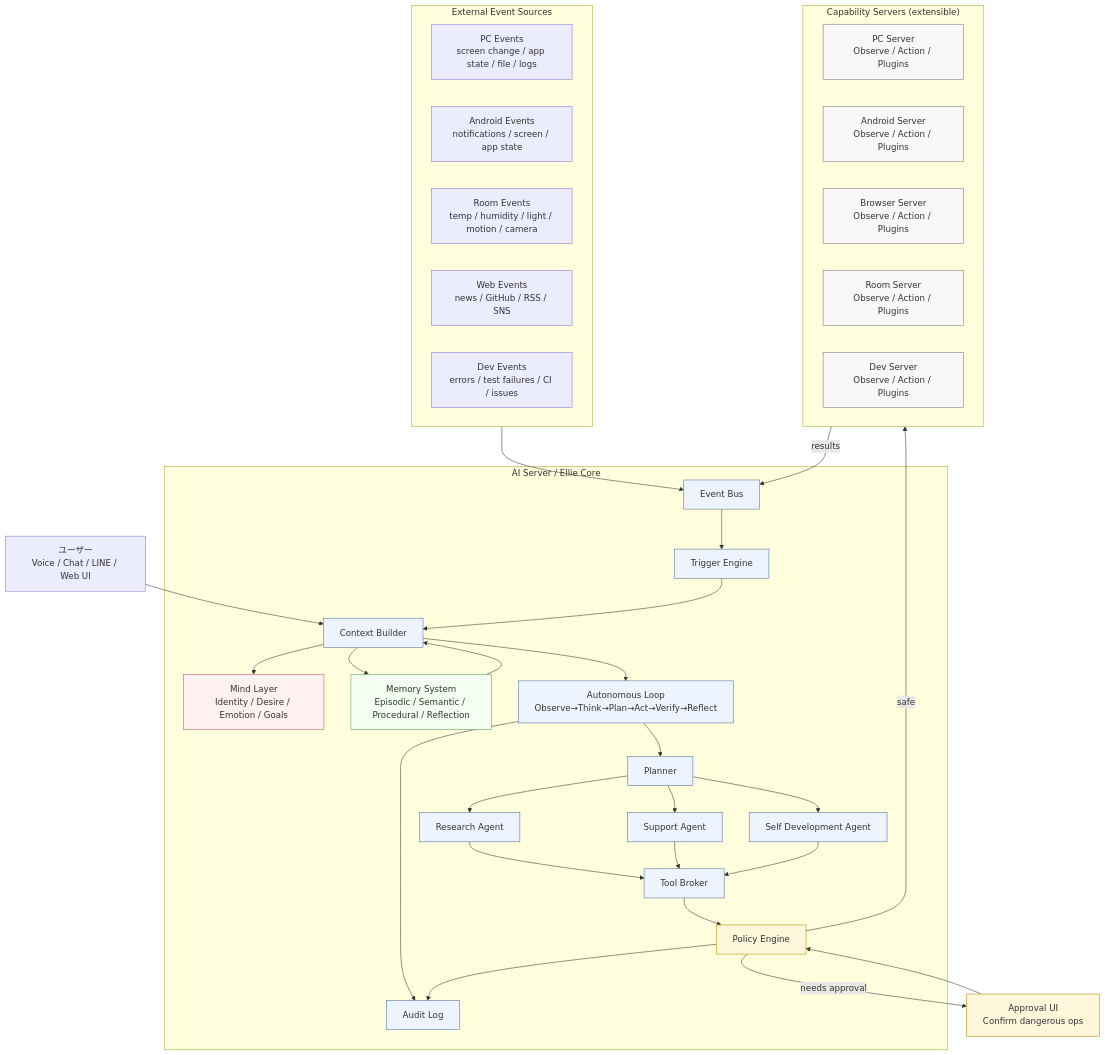
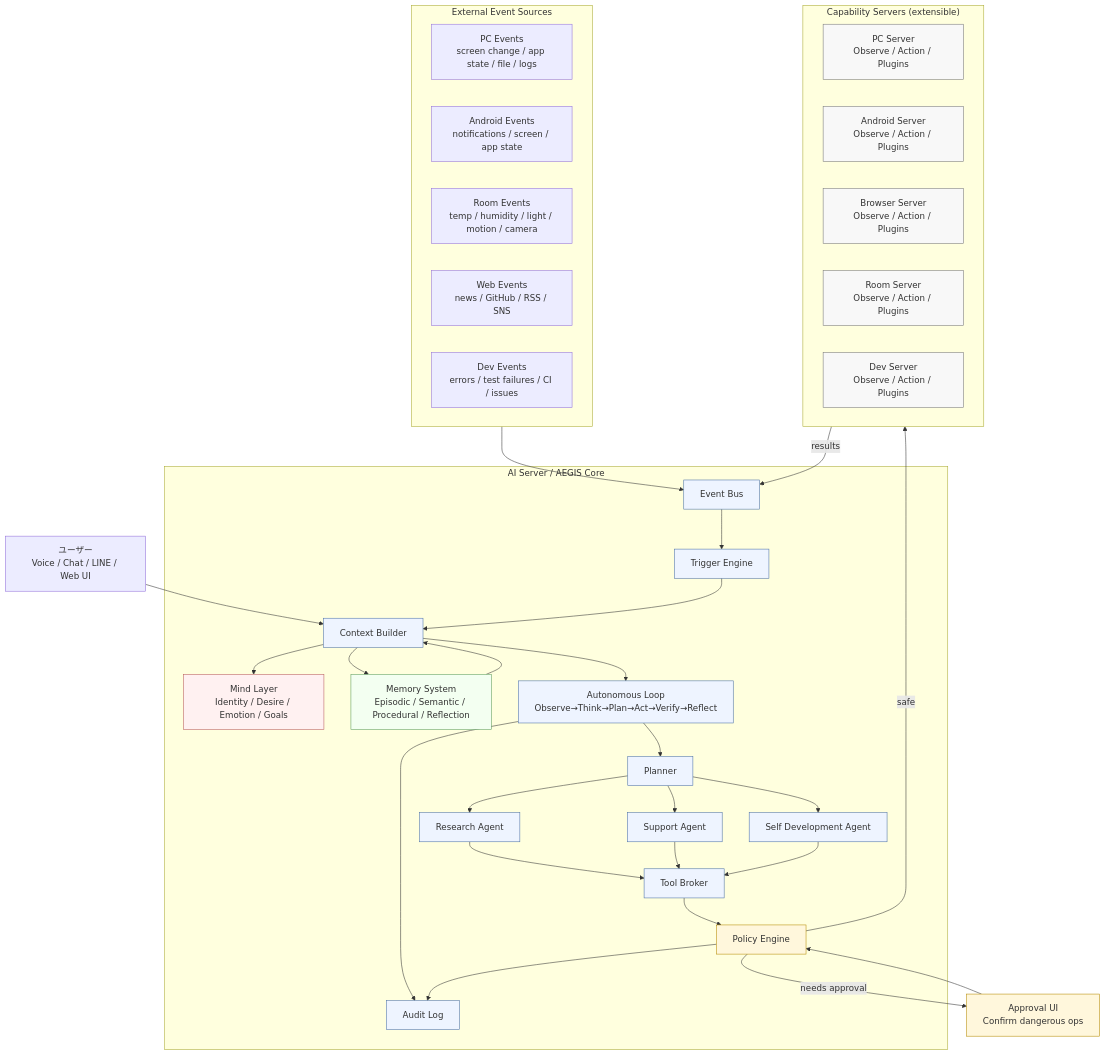
One commit to Kohaku912/AEGIS changed the first of 4 diagrams in docs/architecture.md. Above: the diagram before and after it, drawn with Mermaid. The commit also changed other lines of this file and 130 other files, not shown here.

Commit message:
Rename Ellie to AEGIS project-wide: protos, packages, docs, code

````diff
--- a/docs/architecture.md
+++ b/docs/architecture.md
@@ -26,74 +26,74 @@
 ```mermaid
 flowchart TB
     %% User Interfaces
     U["ユーザー<br/>Voice / Chat / LINE / Web UI"]
     ApprovalUI["Approval UI<br/>Confirm dangerous ops"]
 
     %% Event Sources
     subgraph EventSources["External Event Sources"]
         PCEvents["PC Events<br/>screen change / app state / file / logs"]
         AndroidEvents["Android Events<br/>notifications / screen / app state"]
         RoomEvents["Room Events<br/>temp / humidity / light / motion / camera"]
         WebEvents["Web Events<br/>news / GitHub / RSS / SNS"]
         DevEvents["Dev Events<br/>errors / test failures / CI / issues"]
     end
 
     %% Core
-    subgraph Core["AI Server / Ellie Core"]
+    subgraph Core["AI Server / AEGIS Core"]
         EventBus["Event Bus"]
         TriggerEngine["Trigger Engine"]
         ContextBuilder["Context Builder"]
         Mind["Mind Layer\nIdentity / Desire / Emotion / Goals"]
         Memory["Memory System\nEpisodic / Semantic / Procedural / Reflection"]
         AutonomousLoop["Autonomous Loop\nObserve→Think→Plan→Act→Verify→Reflect"]
         Planner["Planner"]
         Researcher["Research Agent"]
         SupportAgent["Support Agent"]
         SelfDevAgent["Self Development Agent"]
         ToolBroker["Tool Broker"]
         Policy["Policy Engine"]
         Audit["Audit Log"]
     end
 
     %% Servers
     subgraph Servers["Capability Servers (extensible)"]
         PCServer["PC Server\nObserve / Action / Plugins"]
         AndroidServer["Android Server\nObserve / Action / Plugins"]
         BrowserServer["Browser Server\nObserve / Action / Plugins"]
         RoomServer["Room Server\nObserve / Action / Plugins"]
         DevServer["Dev Server\nObserve / Action / Plugins"]
     end
 
     %% Data Flow
     U --> ContextBuilder
     EventSources --> EventBus
     EventBus --> TriggerEngine
     TriggerEngine --> ContextBuilder
     ContextBuilder --> Mind
     ContextBuilder --> Memory
     ContextBuilder --> AutonomousLoop
     Memory --> ContextBuilder
     AutonomousLoop --> Planner
     Planner --> Researcher & SupportAgent & SelfDevAgent
     Researcher & SupportAgent & SelfDevAgent --> ToolBroker
     ToolBroker --> Policy
     Policy -->|safe| Servers
     Policy -->|needs approval| ApprovalUI
     ApprovalUI --> Policy
     Servers -->|results| EventBus
     AutonomousLoop --> Audit
     Policy --> Audit
 
     %% Styles
     classDef core fill:#eef4ff,stroke:#4a6fa5
     classDef mind fill:#fff1f1,stroke:#b85c5c
     classDef memory fill:#f3fff1,stroke:#5c9b5c
     classDef server fill:#f8f8f8,stroke:#777
     classDef risk fill:#fff7dc,stroke:#b58a00
 
     class EventBus,TriggerEngine,ContextBuilder,AutonomousLoop,Planner,Researcher,SupportAgent,SelfDevAgent,ToolBroker,Audit core
     class Mind mind
     class Memory memory
     class PCServer,AndroidServer,BrowserServer,RoomServer,DevServer server
     class Policy,ApprovalUI risk
 ```
````
